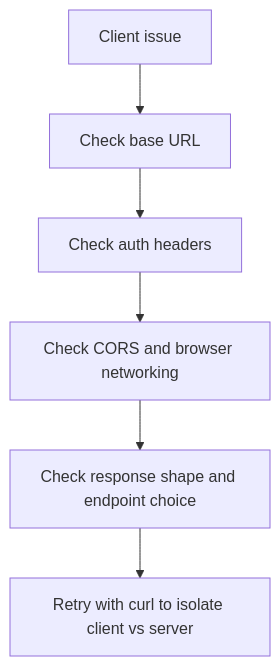
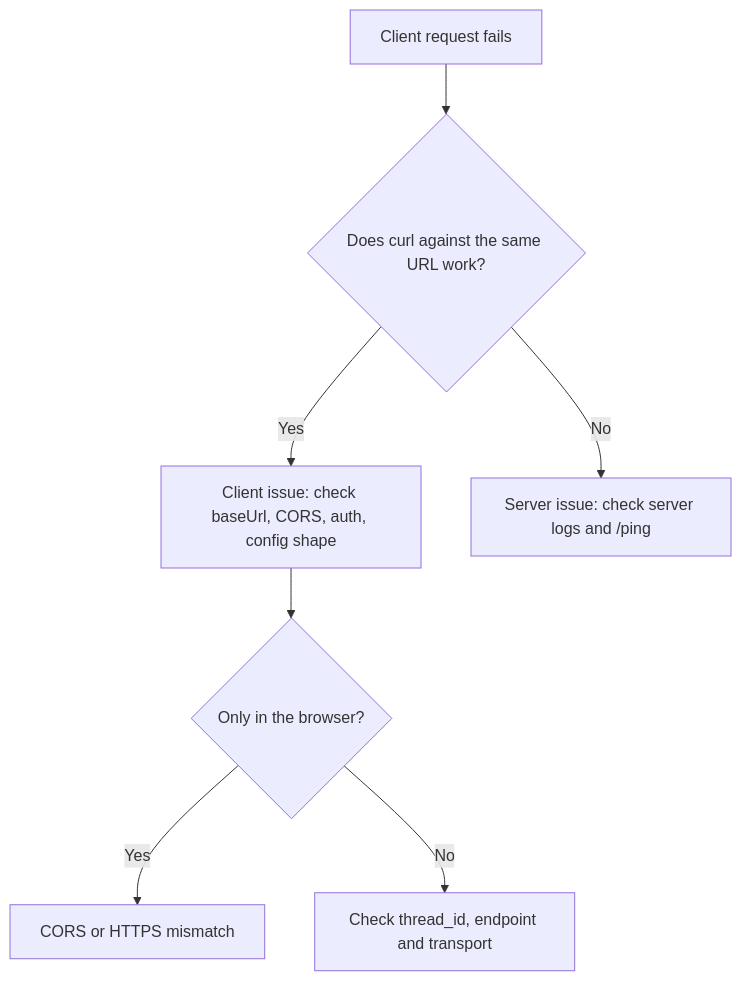
One commit to 10xHub/agentflow-docs changed the diagram in src/content/docs/troubleshooting/client.md. Above: the diagram before and after it, drawn with Mermaid. The commit also changed other lines of this file and 130 other files, not shown here.

````diff
--- a/src/content/docs/troubleshooting/client.md
+++ b/src/content/docs/troubleshooting/client.md
@@ -14,8 +23,9 @@
 ```mermaid
 flowchart TD
-    A[Client issue] --> B[Check base URL]
-    B --> C[Check auth headers]
-    C --> D[Check CORS and browser networking]
-    D --> E[Check response shape and endpoint choice]
-    E --> F[Retry with curl to isolate client vs server]
+    A[Client request fails] --> B{Does curl against the same URL work?}
+    B -->|Yes| C[Client issue: check baseUrl, CORS, auth, config shape]
+    B -->|No| D[Server issue: check server logs and /ping]
+    C --> E{Only in the browser?}
+    E -->|Yes| F[CORS or HTTPS mismatch]
+    E -->|No| G[Check thread_id, endpoint and transport]
 ```
````
